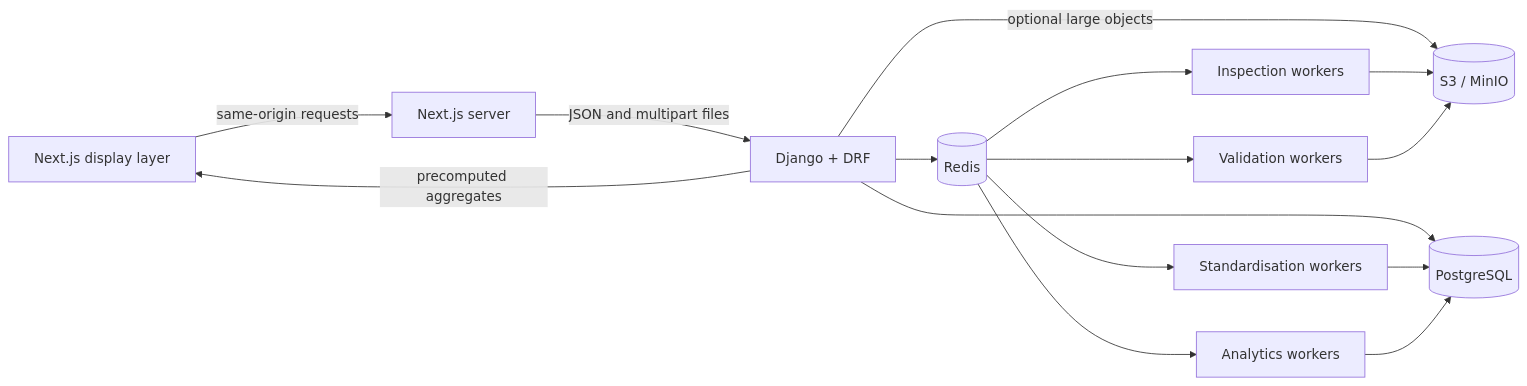
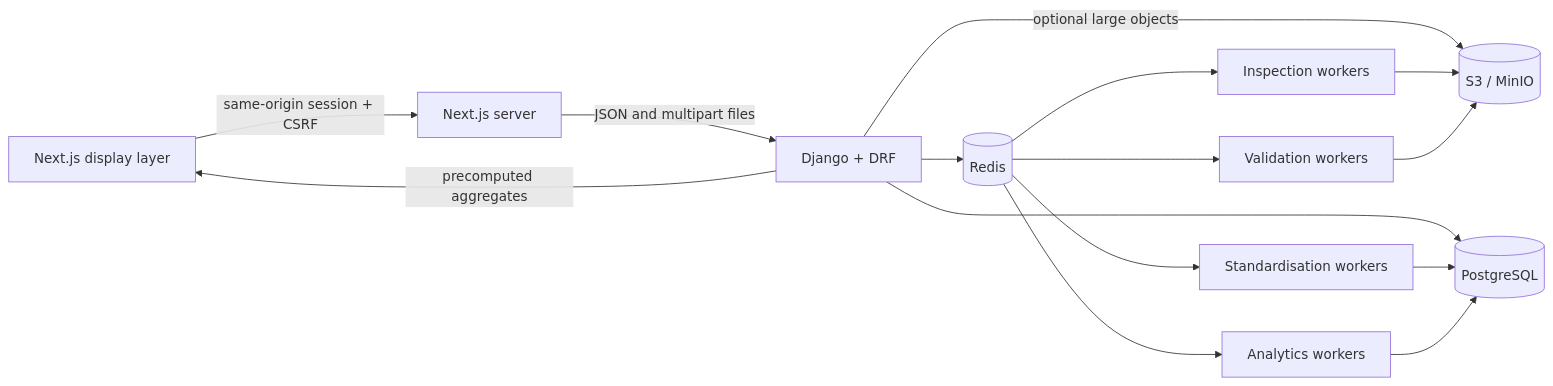
The diagram in docs/architecture.md (harsh-kr-jha/vulcan), drawn with Mermaid before and after one commit. The commit also changed other lines of this file and 12 other files, not shown here.

````diff
--- a/docs/architecture.md
+++ b/docs/architecture.md
@@ -7,17 +7,17 @@
 ```mermaid
 flowchart LR
-    Browser[Next.js display layer] -->|same-origin requests| Next[Next.js server]
+    Browser[Next.js display layer] -->|same-origin session + CSRF| Next[Next.js server]
     Next -->|JSON and multipart files| API[Django + DRF]
     API -->|optional large objects| S3[(S3 / MinIO)]
     API --> DB[(PostgreSQL)]
     API --> Queue[(Redis)]
     Queue --> Inspect[Inspection workers]
     Queue --> Validate[Validation workers]
     Queue --> Standardise[Standardisation workers]
     Queue --> Analytics[Analytics workers]
     Inspect --> S3
     Validate --> S3
     Standardise --> DB
     Analytics --> DB
     API -->|precomputed aggregates| Browser
 ```
````
